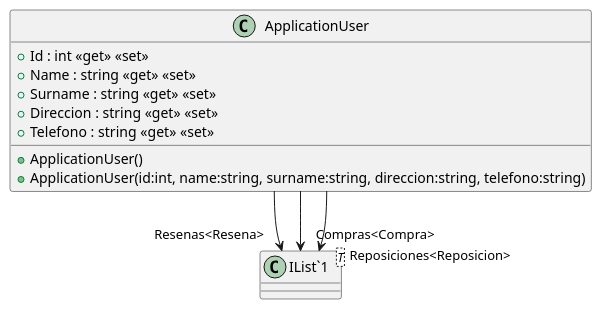
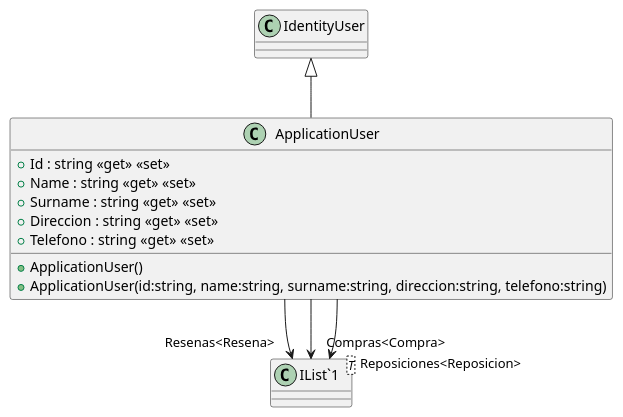
The diagram in src/AppForSEII.API/ClassDiagram/ApplicationUser.puml (ISII2627LosGremlins/ISII2627LosGremlins), drawn with PlantUML before and after one commit. The commit also changed 6 other files, not shown here.

Commit message:
Cambios en Compra y diagrama CU1 terminado

```diff
--- a/src/AppForSEII.API/ClassDiagram/ApplicationUser.puml
+++ b/src/AppForSEII.API/ClassDiagram/ApplicationUser.puml
@@ -1,16 +1,17 @@
 @startuml
 class ApplicationUser {
     + ApplicationUser()
-    + ApplicationUser(id:int, name:string, surname:string, direccion:string, telefono:string)
-    + Id : int <<get>> <<set>>
+    + ApplicationUser(id:string, name:string, surname:string, direccion:string, telefono:string)
+    + Id : string <<get>> <<set>>
     + Name : string <<get>> <<set>>
     + Surname : string <<get>> <<set>>
     + Direccion : string <<get>> <<set>>
     + Telefono : string <<get>> <<set>>
 }
 class "IList`1"<T> {
 }
+IdentityUser <|-- ApplicationUser
 ApplicationUser --> "Resenas<Resena>" "IList`1"
 ApplicationUser --> "Compras<Compra>" "IList`1"
 ApplicationUser --> "Reposiciones<Reposicion>" "IList`1"
 @enduml
```
